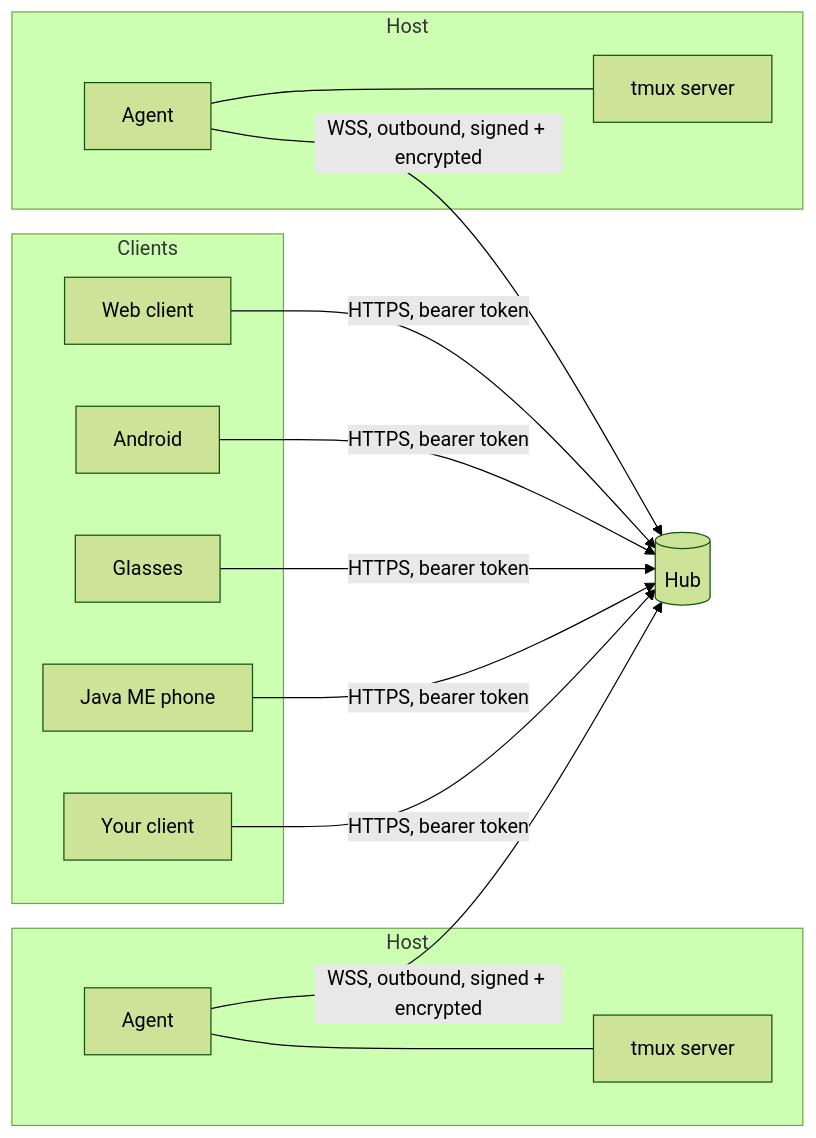
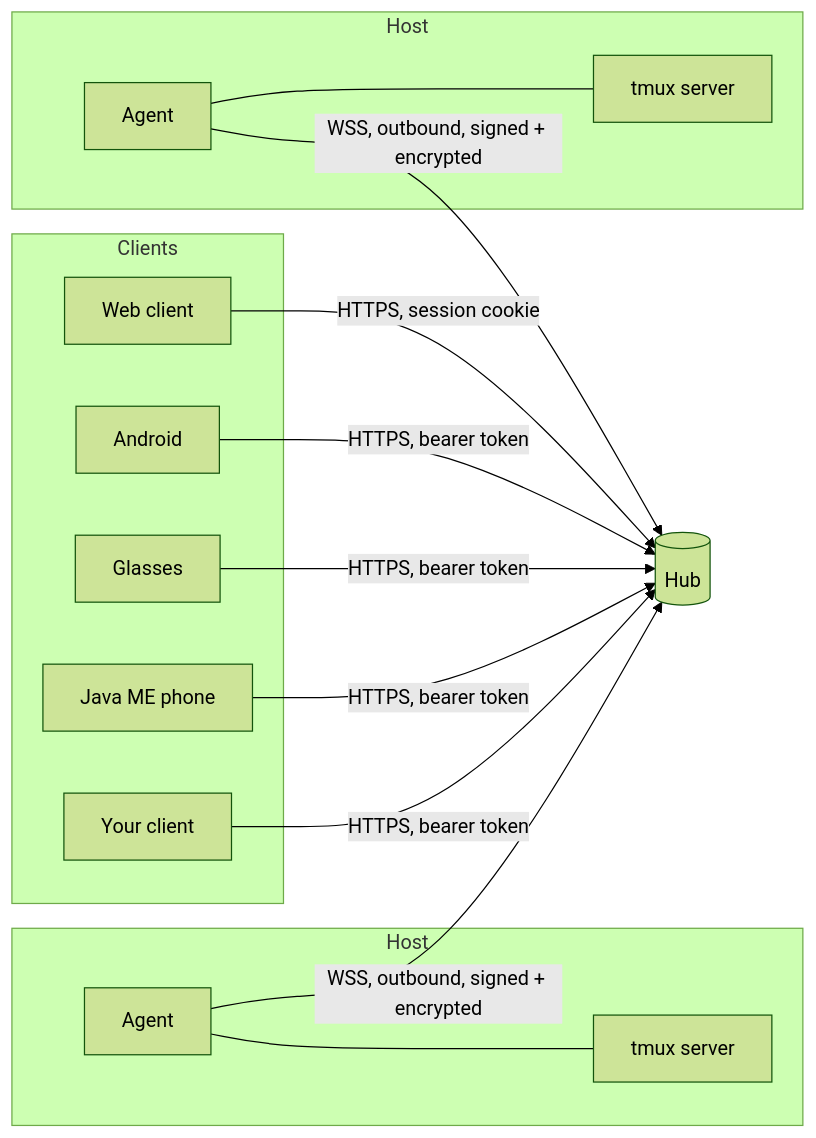
Before and after one commit to notmarkopadjen/muxway: the first of 8 diagrams in docs/ARCHITECTURE.md, drawn with Mermaid (forest theme). The commit also changed other lines of this file and 4 other files, not shown here.

Commit message:
Signing in: feature page, protocol and architecture updates

````diff
--- a/docs/ARCHITECTURE.md
+++ b/docs/ARCHITECTURE.md
@@ -9,20 +9,21 @@
 ```mermaid
 flowchart LR
     subgraph Clients
         W[Web client]
         AN[Android]
         G[Glasses]
         J[Java ME phone]
         X[Your client]
     end
     H[(Hub)]
     subgraph Host_1[Host]
         A1[Agent] --- T1[tmux server]
     end
     subgraph Host_2[Host]
         A2[Agent] --- T2[tmux server]
     end
-    W & AN & G & J & X -- "HTTPS, bearer token" --> H
+    W -- "HTTPS, session cookie" --> H
+    AN & G & J & X -- "HTTPS, bearer token" --> H
     A1 -- "WSS, outbound, signed + encrypted" --> H
     A2 -- "WSS, outbound, signed + encrypted" --> H
 ```
````
